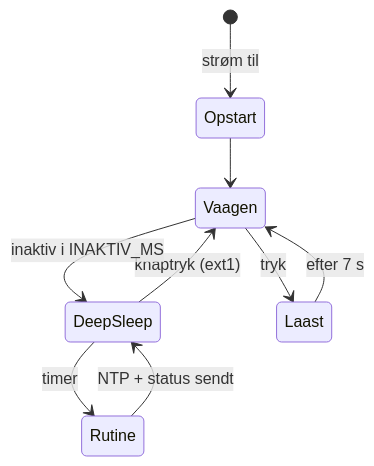
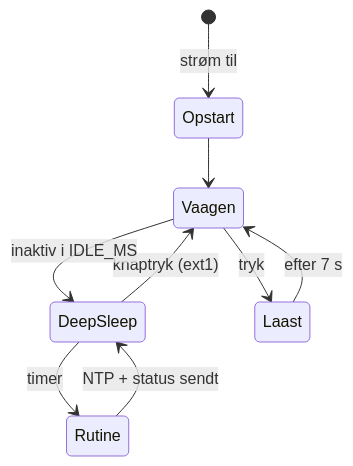
One commit to Hjaller/smiley_iot changed the second of 2 diagrams in docs/portfolio.md. Above: the diagram before and after it, drawn with Mermaid. The commit also changed other lines of this file and 10 other files, not shown here.

````diff
--- a/docs/portfolio.md
+++ b/docs/portfolio.md
@@ -111,11 +115,11 @@
 ```mermaid
 stateDiagram-v2
     [*] --> Opstart: strøm til
     DeepSleep --> Vaagen: knaptryk (ext1)
     DeepSleep --> Rutine: timer
     Opstart --> Vaagen
     Vaagen --> Laast: tryk
     Laast --> Vaagen: efter 7 s
-    Vaagen --> DeepSleep: inaktiv i INAKTIV_MS
+    Vaagen --> DeepSleep: inaktiv i IDLE_MS
     Rutine --> DeepSleep: NTP + status sendt
 ```
````
